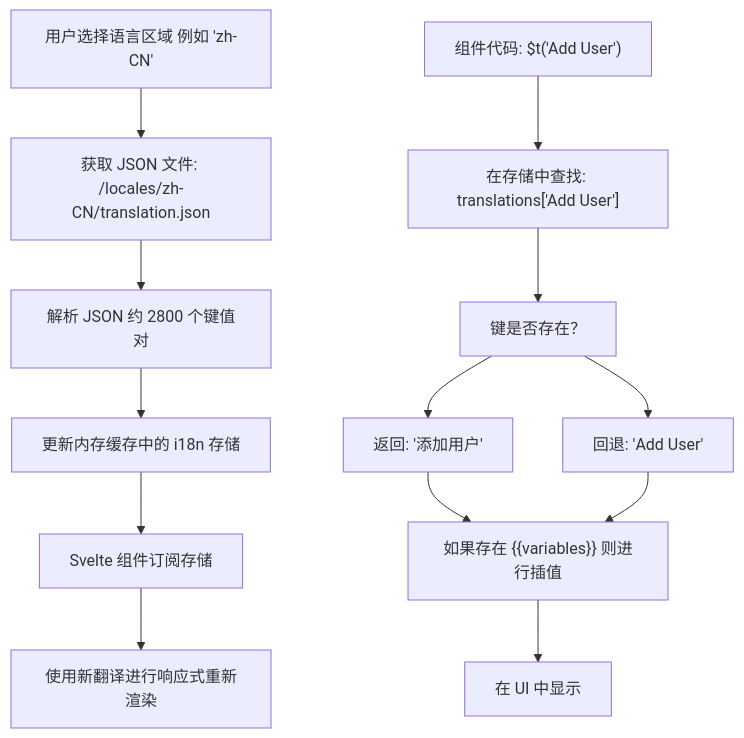
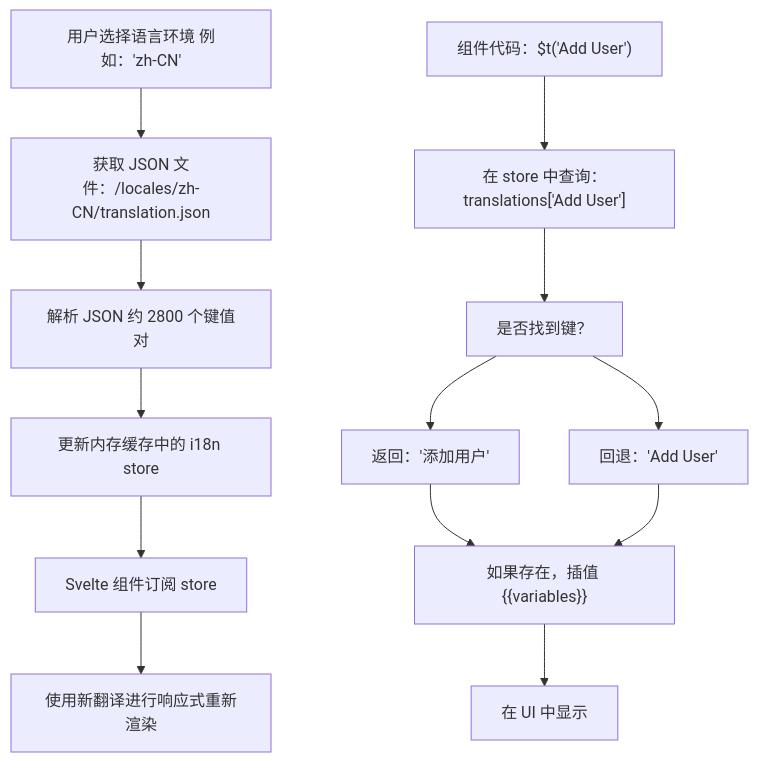
One commit to Chesszyh/Wiki changed the fourth of 5 diagrams in tests/open-webui_deepwiki/zh/15-internationalization.md. Above: the diagram before and after it, drawn with Mermaid. The commit also changed other lines of this file and 234 other files, not shown here.

````diff
--- a/tests/open-webui_deepwiki/zh/15-internationalization.md
+++ b/tests/open-webui_deepwiki/zh/15-internationalization.md
@@ -412,29 +391,29 @@
 ```mermaid
 flowchart TD
-    UserAction["用户选择语言区域 例如 'zh-CN'"]
-    LoadFile["获取 JSON 文件: /locales/zh-CN/translation.json"]
+    UserAction["用户选择语言环境 例如：'zh-CN'"]
+    LoadFile["获取 JSON 文件：/locales/zh-CN/translation.json"]
     ParseJSON["解析 JSON 约 2800 个键值对"]
-    StoreUpdate["更新内存缓存中的 i18n 存储"]
-    ComponentReactive["Svelte 组件订阅存储"]
+    StoreUpdate["更新内存缓存中的 i18n store"]
+    ComponentReactive["Svelte 组件订阅 store"]
     ReRender["使用新翻译进行响应式重新渲染"]
-    Component["组件代码: $t('Add User')"]
-    Lookup["在存储中查找: translations['Add User']"]
-    Found["键是否存在？"]
-    ReturnTranslation["返回: '添加用户'"]
-    ReturnKey["回退: 'Add User'"]
-    Interpolate["如果存在 {{variables}} 则进行插值"]
+    Component["组件代码：$t('Add User')"]
+    Lookup["在 store 中查询：translations['Add User']"]
+    Found["是否找到键？"]
+    ReturnTranslation["返回：'添加用户'"]
+    ReturnKey["回退：'Add User'"]
+    Interpolate["如果存在，插值 {{variables}}"]
     Display["在 UI 中显示"]
 
     UserAction --> LoadFile
     LoadFile --> ParseJSON
     ParseJSON --> StoreUpdate
     StoreUpdate --> ComponentReactive
     ComponentReactive --> ReRender
     Component --> Lookup
     Lookup --> Found
     Found --> ReturnTranslation
     Found --> ReturnKey
     ReturnTranslation --> Interpolate
     ReturnKey --> Interpolate
     Interpolate --> Display
 ```
````
